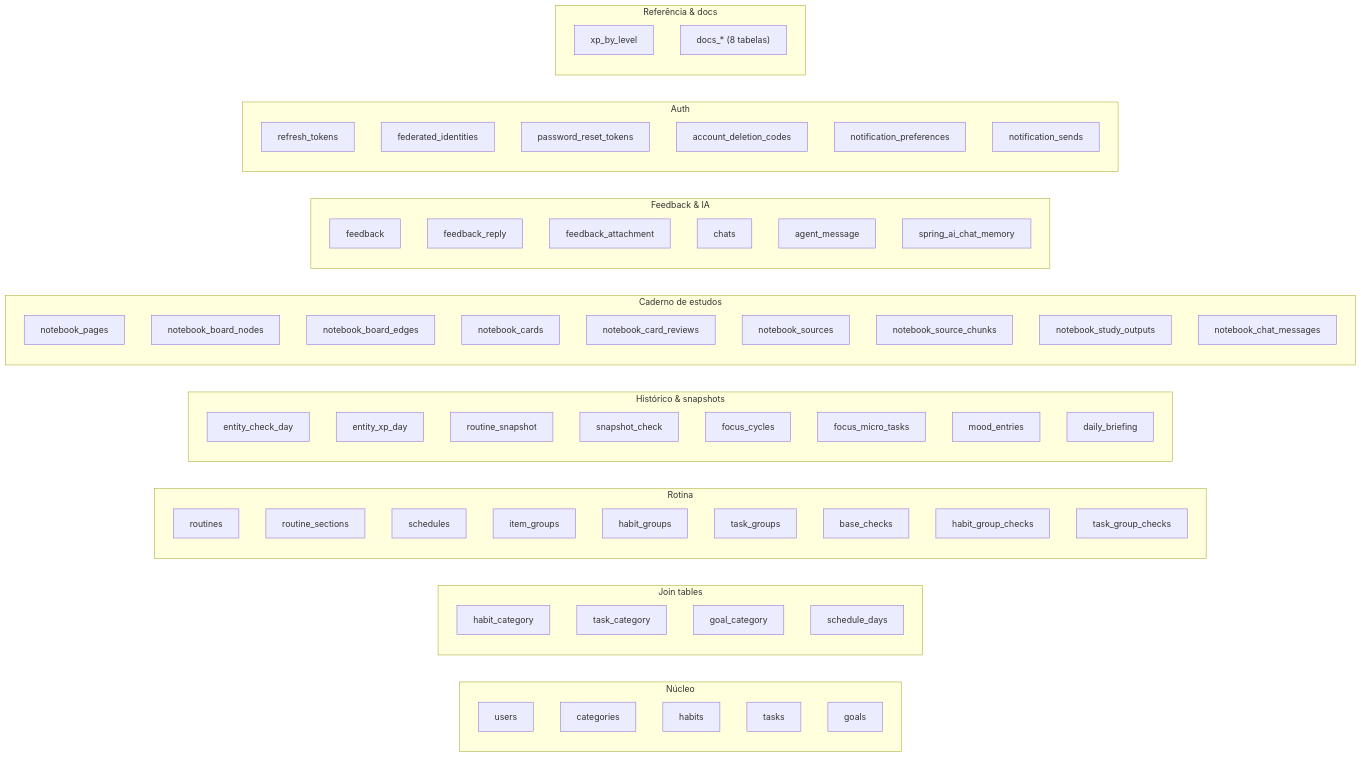
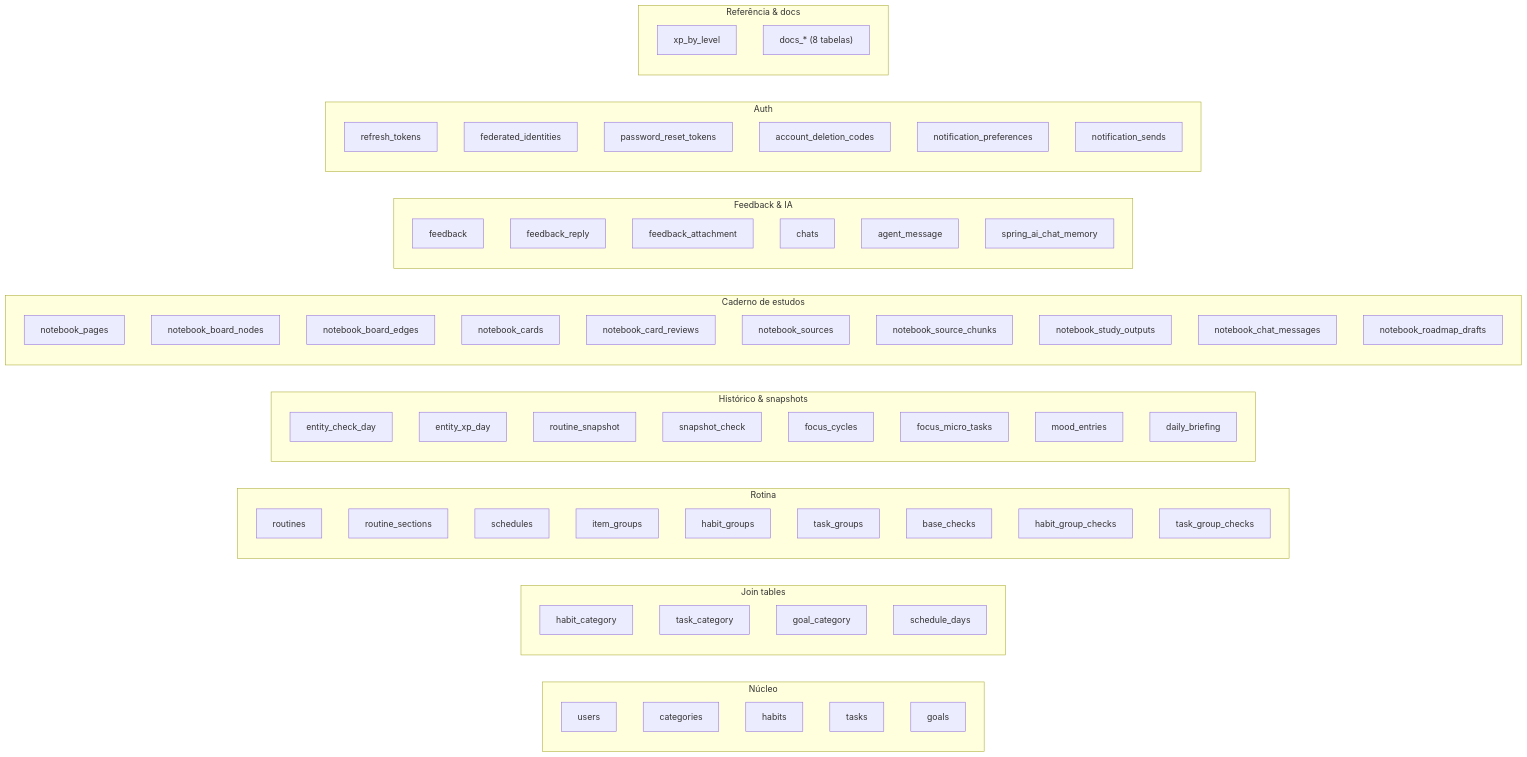
One commit to AndDev741/Beyou-arch-design changed the fifth of 5 diagrams in architecture/domain-model/pt.md. Above: the diagram before and after it, drawn with Mermaid. The commit also changed other lines of this file and 6 other files, not shown here.

First line of the commit message:
docs(notebook): stored roadmap drafts

````diff
--- a/architecture/domain-model/pt.md
+++ b/architecture/domain-model/pt.md
@@ -523,75 +529,76 @@
 ```mermaid
 flowchart LR
   subgraph core["Núcleo"]
     users
     categories
     habits
     tasks
     goals
   end
 
   subgraph joins["Join tables"]
     habit_category
     task_category
     goal_category
     schedule_days
   end
 
   subgraph routine["Rotina"]
     routines
     routine_sections
     schedules
     item_groups
     habit_groups
     task_groups
     base_checks
     habit_group_checks
     task_group_checks
   end
 
   subgraph history["Histórico & snapshots"]
     entity_check_day
     entity_xp_day
     routine_snapshot
     snapshot_check
     focus_cycles
     focus_micro_tasks
     mood_entries
     daily_briefing
   end
 
   subgraph notebook["Caderno de estudos"]
     notebook_pages
     notebook_board_nodes
     notebook_board_edges
     notebook_cards
     notebook_card_reviews
     notebook_sources
     notebook_source_chunks
     notebook_study_outputs
     notebook_chat_messages
+    notebook_roadmap_drafts
   end
 
   subgraph support["Feedback & IA"]
     feedback
     feedback_reply
     feedback_attachment
     chats
     agent_message
     spring_ai_chat_memory
   end
 
   subgraph auth["Auth"]
     refresh_tokens
     federated_identities
     password_reset_tokens
     account_deletion_codes
     notification_preferences
     notification_sends
   end
 
   subgraph system["Referência & docs"]
     xp_by_level
     docs_tables["docs_* (8 tabelas)"]
   end
 ```
````
